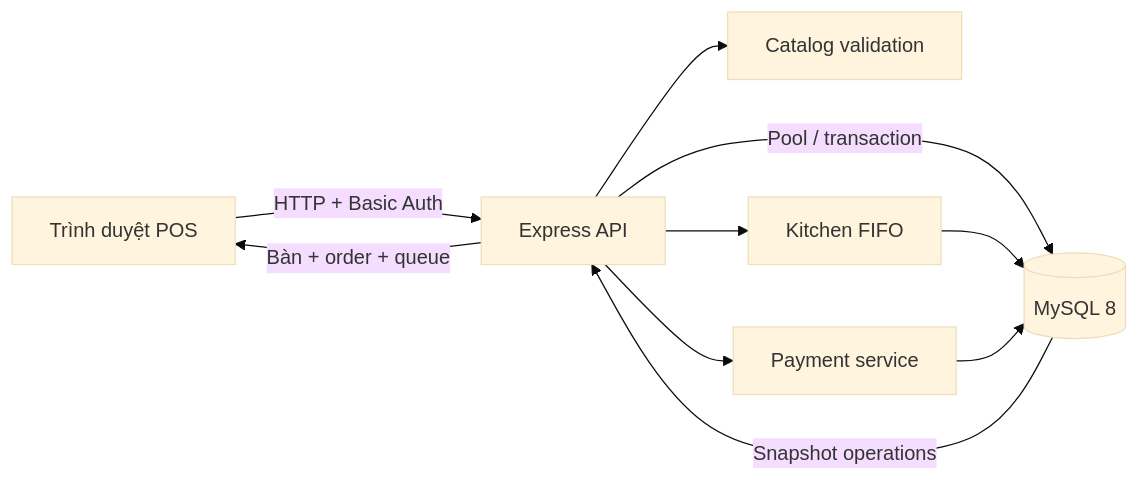
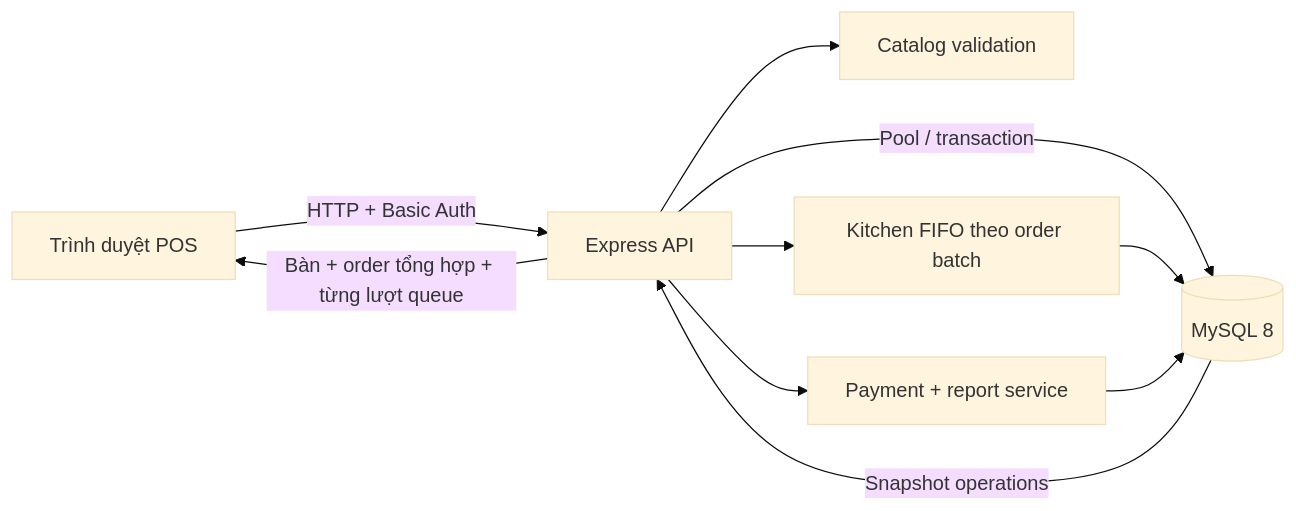
One commit to Bao0807/Restaurant_CASv2 changed the first of 2 diagrams in README.md. Above: the diagram before and after it, drawn with Mermaid (base theme). The commit also changed other lines of this file and 36 other files, not shown here.

````diff
--- a/README.md
+++ b/README.md
@@ -80,12 +96,12 @@
 ```mermaid
 flowchart LR
   U[Trình duyệt POS] -->|HTTP + Basic Auth| A[Express API]
   A -->|Pool / transaction| D[(MySQL 8)]
   A --> C[Catalog validation]
-  A --> Q[Kitchen FIFO]
-  A --> P[Payment service]
+  A --> Q[Kitchen FIFO theo order batch]
+  A --> P[Payment + report service]
   Q --> D
   P --> D
   D -->|Snapshot operations| A
-  A -->|Bàn + order + queue| U
+  A -->|Bàn + order tổng hợp + từng lượt queue| U
 ```
````
